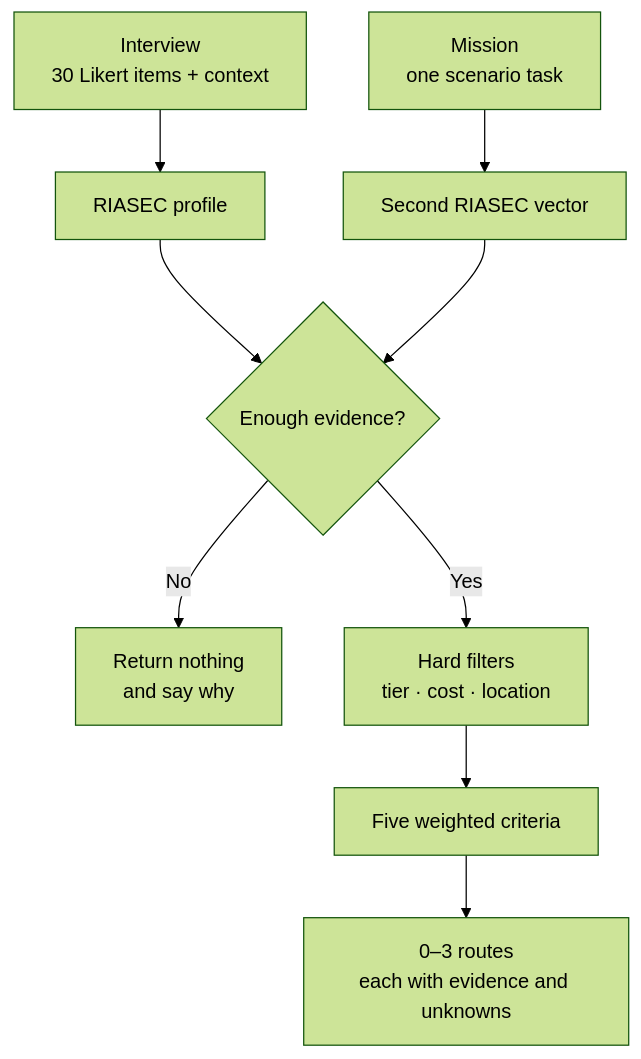
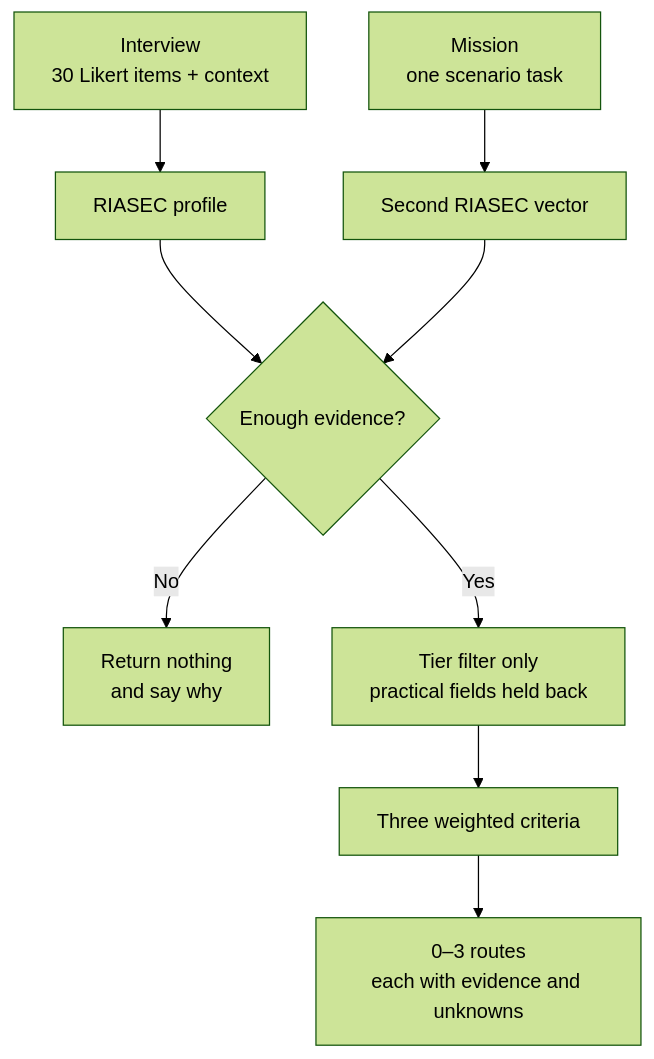
One commit to Pongkarm/Future_Me changed the first of 2 diagrams in 03_WebApp/Pre_Present/docs/04-ai-system.md. Above: the diagram before and after it, drawn with Mermaid (forest theme). The commit also changed other lines of this file and 21 other files, not shown here.

````diff
--- a/03_WebApp/Pre_Present/docs/04-ai-system.md
+++ b/03_WebApp/Pre_Present/docs/04-ai-system.md
@@ -42,11 +42,11 @@
 ```mermaid
 flowchart TD
     A["Interview<br/>30 Likert items + context"] --> B["RIASEC profile"]
     C["Mission<br/>one scenario task"] --> D["Second RIASEC vector"]
     B --> E{"Enough evidence?"}
     D --> E
     E -->|No| F["Return nothing<br/>and say why"]
-    E -->|Yes| G["Hard filters<br/>tier · cost · location"]
-    G --> H["Five weighted criteria"]
+    E -->|Yes| G["Tier filter only<br/>practical fields held back"]
+    G --> H["Three weighted criteria"]
     H --> I["0–3 routes<br/>each with evidence and unknowns"]
 ```
````
